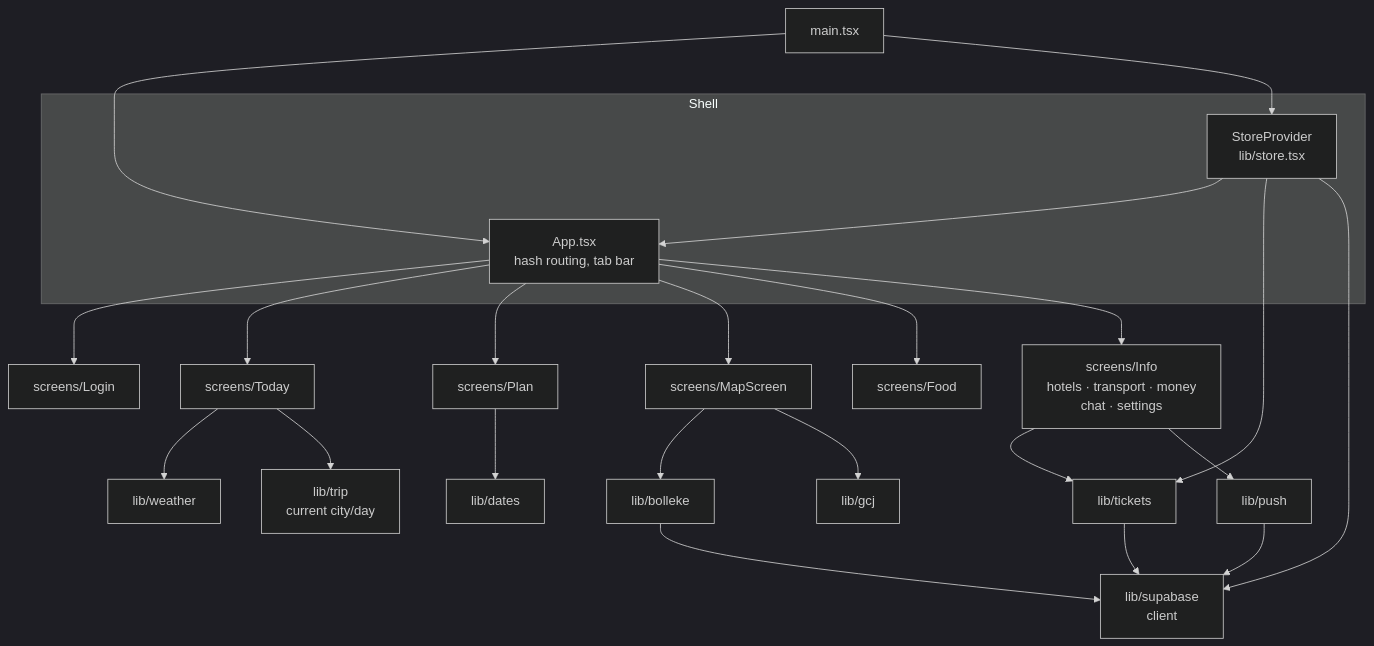
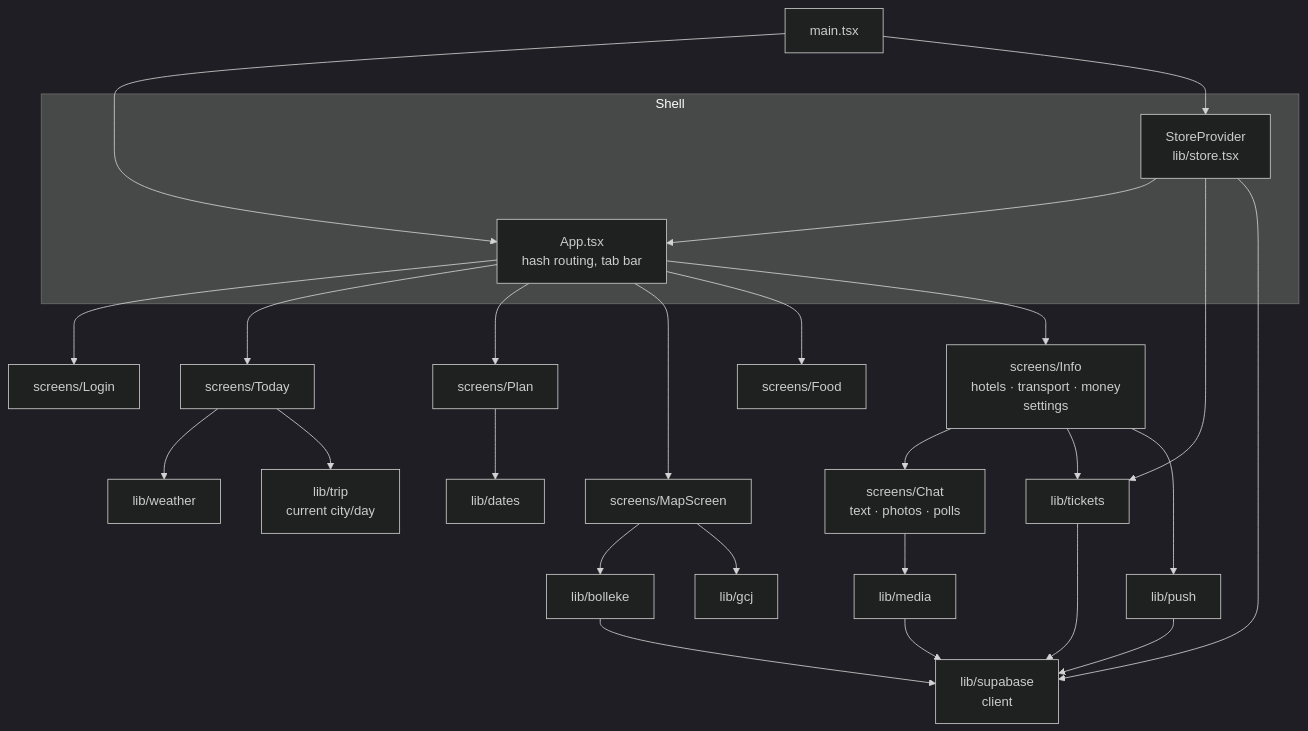
One commit to Pj-Cnudde98/burglars-in-china changed the diagram in docs/frontend.md. Above: the diagram before and after it, drawn with Mermaid (dark theme). The commit also changed other lines of this file and 15 other files, not shown here.

First line of the commit message:
Add photos and polls to the group chat

````diff
--- a/docs/frontend.md
+++ b/docs/frontend.md
@@ -7,29 +7,32 @@
 ```mermaid
 flowchart TB
     main["main.tsx"] --> App
     subgraph Shell
         App["App.tsx<br/>hash routing, tab bar"]
         Provider["StoreProvider<br/>lib/store.tsx"]
     end
     main --> Provider --> App
 
     App --> Login["screens/Login"]
     App --> Today["screens/Today"]
     App --> Plan["screens/Plan"]
     App --> Map["screens/MapScreen"]
     App --> Food["screens/Food"]
-    App --> Info["screens/Info<br/>hotels · transport · money<br/>chat · settings"]
+    App --> Info["screens/Info<br/>hotels · transport · money<br/>settings"]
+    Info --> Chat["screens/Chat<br/>text · photos · polls"]
+    Chat --> media["lib/media"]
+    media --> sbc
 
     Today --> weather["lib/weather"]
     Map --> bolleke["lib/bolleke"]
     Map --> gcj["lib/gcj"]
     Info --> tickets["lib/tickets"]
     Info --> push["lib/push"]
     Provider --> tickets
     Provider --> sbc["lib/supabase<br/>client"]
     bolleke --> sbc
     push --> sbc
     tickets --> sbc
     Today --> trip["lib/trip<br/>current city/day"]
     Plan --> dates["lib/dates"]
 ```
````
